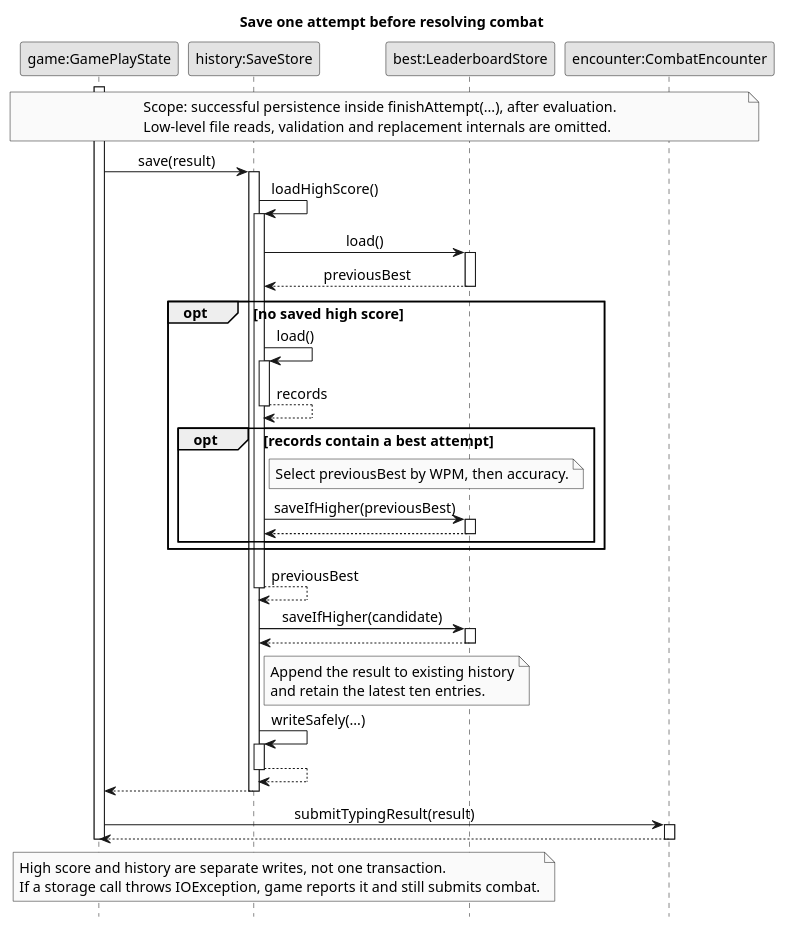
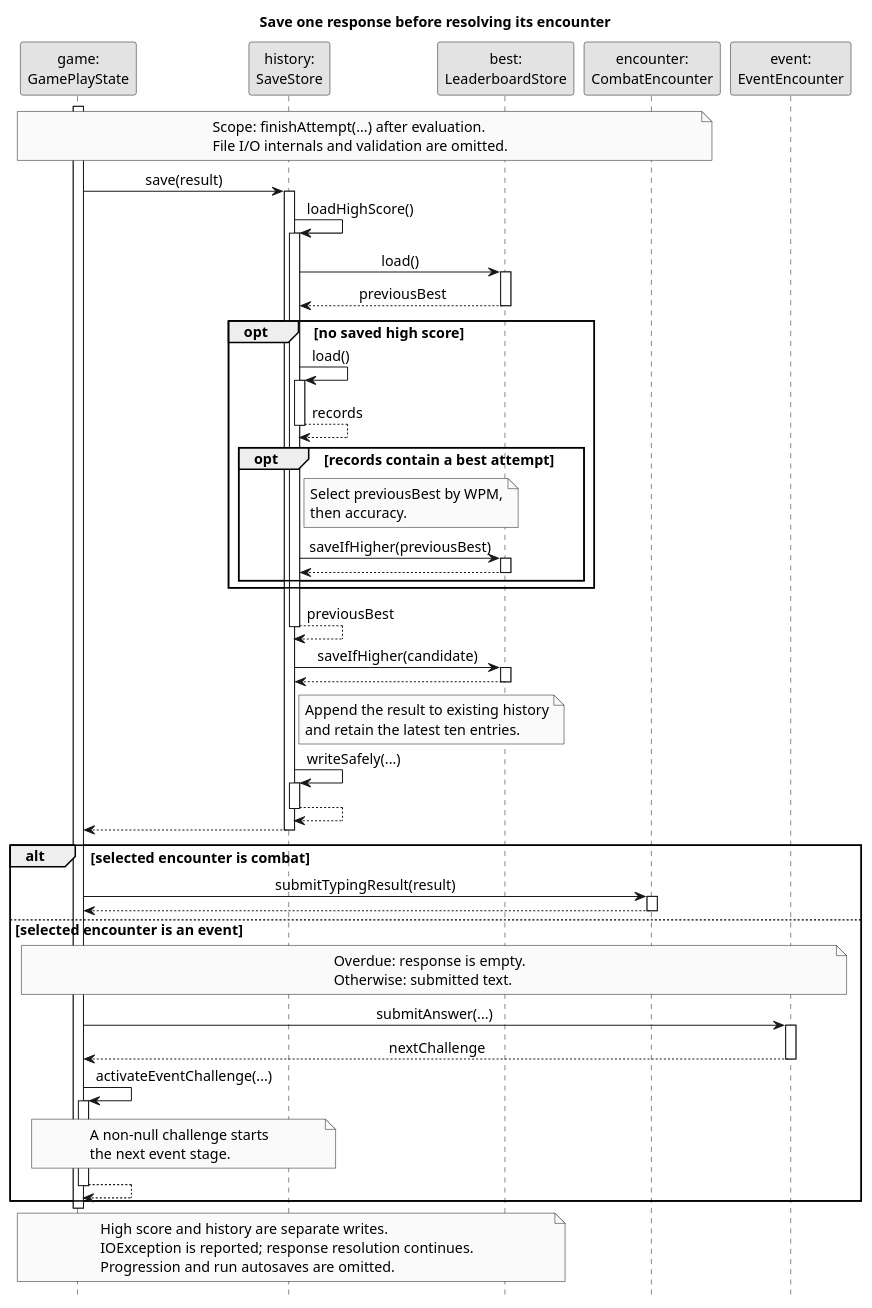
One commit to AY2627S1-CS2113-W12-4/tp changed the diagram in docs/diagrams/history-saving.puml. Above: the diagram before and after it, drawn with PlantUML. The commit also changed 58 other files, not shown here.

```diff
--- a/docs/diagrams/history-saving.puml
+++ b/docs/diagrams/history-saving.puml
@@ -1,69 +1,91 @@
 @startuml
 hide footbox
 skinparam monochrome true
 skinparam shadowing false
 skinparam defaultFontName Arial
 skinparam backgroundColor white
 skinparam defaultFontSize 14
 skinparam sequenceMessageAlign center
-title Save one attempt before resolving combat
+title Save one response before resolving its encounter
 
-participant "game:GamePlayState" as game
-participant "history:SaveStore" as history
-participant "best:LeaderboardStore" as best
-participant "encounter:CombatEncounter" as encounter
+participant "game:\nGamePlayState" as game
+participant "history:\nSaveStore" as history
+participant "best:\nLeaderboardStore" as best
+participant "encounter:\nCombatEncounter" as encounter
+participant "event:\nEventEncounter" as event
 
 note over game, encounter
-  Scope: successful persistence inside finishAttempt(...), after evaluation.
-  Low-level file reads, validation and replacement internals are omitted.
+  Scope: finishAttempt(...) after evaluation.
+  File I/O internals and validation are omitted.
 end note
 activate game
 game -> history : save(result)
 activate history
 history -> history : loadHighScore()
 activate history
 history -> best : load()
 activate best
 best --> history : previousBest
 deactivate best
 opt no saved high score
   history -> history : load()
   activate history
   history --> history : records
   deactivate history
   opt records contain a best attempt
     note right of history
-      Select previousBest by WPM, then accuracy.
+      Select previousBest by WPM,
+      then accuracy.
     end note
     history -> best : saveIfHigher(previousBest)
     activate best
     best --> history
     deactivate best
   end
 end
 history --> history : previousBest
 deactivate history
 history -> best : saveIfHigher(candidate)
 activate best
 best --> history
 deactivate best
 note right of history
   Append the result to existing history
   and retain the latest ten entries.
 end note
 history -> history : writeSafely(...)
 activate history
 history --> history
 deactivate history
 history --> game
 deactivate history
-game -> encounter : submitTypingResult(result)
-activate encounter
-encounter --> game
-deactivate encounter
+alt selected encounter is combat
+  game -> encounter : submitTypingResult(result)
+  activate encounter
+  encounter --> game
+  deactivate encounter
+else selected encounter is an event
+  note over game, event
+    Overdue: response is empty.
+    Otherwise: submitted text.
+  end note
+  game -> event : submitAnswer(...)
+  activate event
+  event --> game : nextChallenge
+  deactivate event
+  game -> game : activateEventChallenge(...)
+  activate game
+  note over game, history
+    A non-null challenge starts
+    the next event stage.
+  end note
+  game --> game
+  deactivate game
+end
 deactivate game
 note over game, best
-  High score and history are separate writes, not one transaction.
-  If a storage call throws IOException, game reports it and still submits combat.
+  High score and history are separate writes.
+  IOException is reported; response resolution continues.
+  Progression and run autosaves are omitted.
 end note
 @enduml
```
